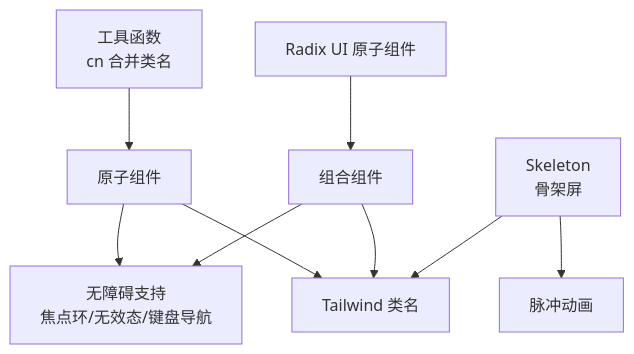
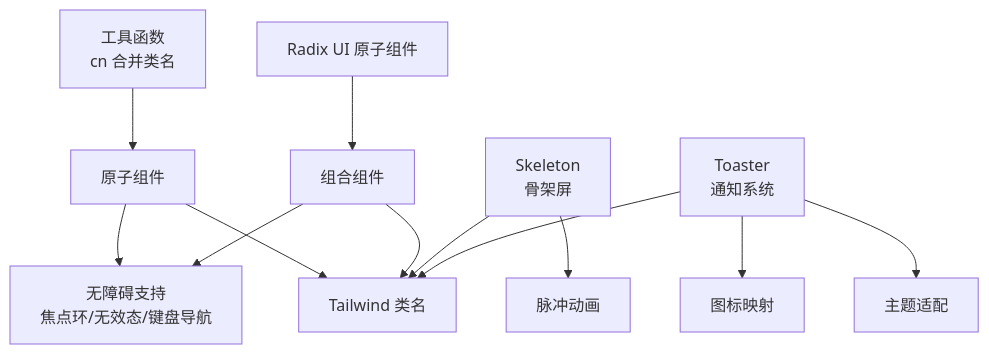
Before and after one commit to RadiumAg/image-saas: the second of 6 diagrams in .qoder/repowiki/zh/content/前端组件架构/UI 组件库/UI 组件库.md, drawn with Mermaid. The commit also changed other lines of this file and 2 other files, not shown here.

````diff
--- a/.qoder/repowiki/zh/content/前端组件架构/UI 组件库/UI 组件库.md
+++ b/.qoder/repowiki/zh/content/前端组件架构/UI 组件库/UI 组件库.md
@@ -284,11 +291,14 @@
 ```mermaid
 graph TB
 Utils["工具函数<br/>cn 合并类名"] --> Atoms["原子组件"]
 Radix["Radix UI 原子组件"] --> Composed["组合组件"]
 Atoms --> Styles["Tailwind 类名"]
 Composed --> Styles
 Atoms --> Accessibility["无障碍支持<br/>焦点环/无效态/键盘导航"]
 Composed --> Accessibility
 Skeleton["Skeleton<br/>骨架屏"] --> Styles
 Skeleton --> Pulse["脉冲动画"]
+Toaster["Toaster<br/>通知系统"] --> Theme["主题适配"]
+Toaster --> Icons["图标映射"]
+Toaster --> Styles
 ```
````
